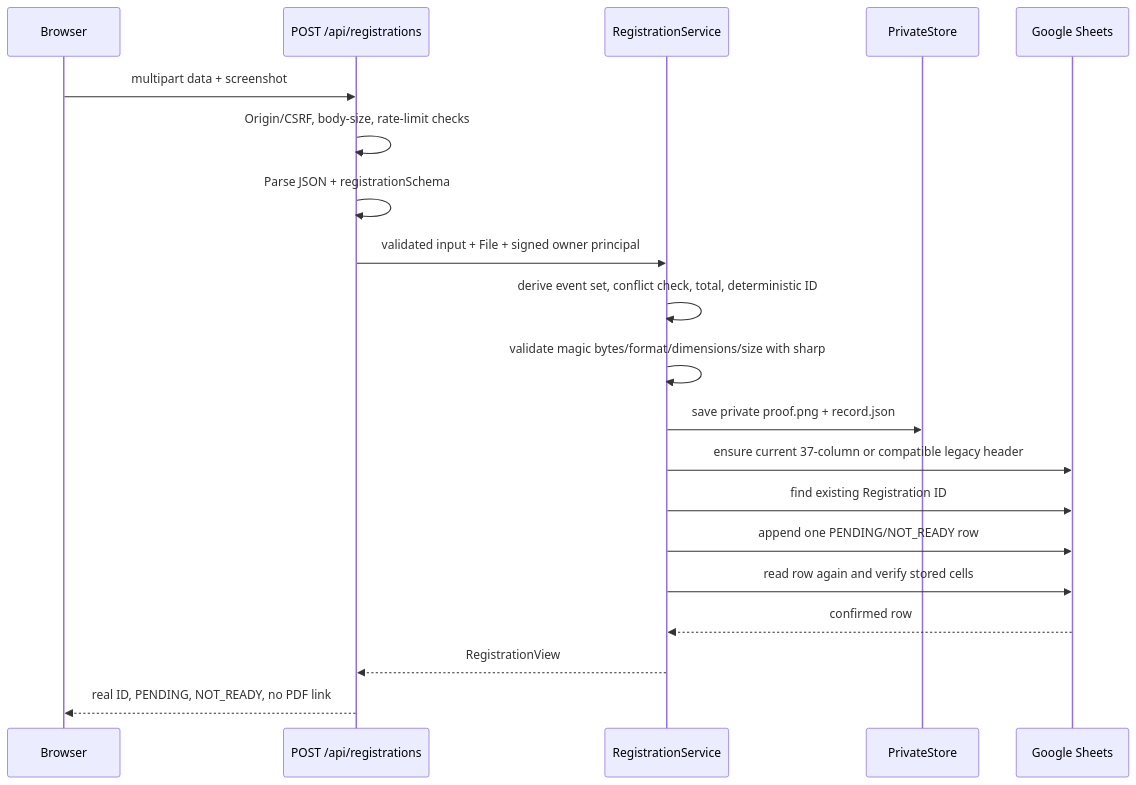
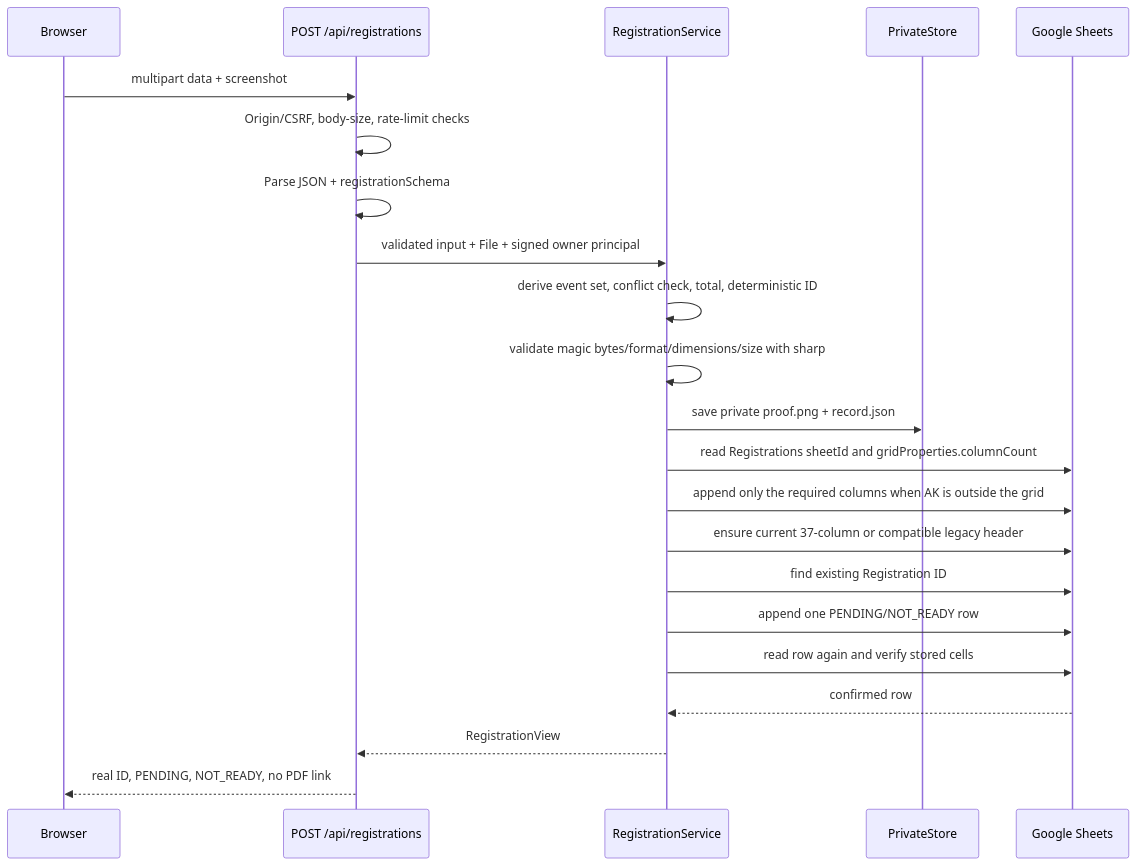
One commit to YZO-BIT/Phase-3 changed the second of 9 diagrams in docs/PRODUCTION_ARCHITECTURE.md. Above: the diagram before and after it, drawn with Mermaid. The commit also changed other lines of this file and 6 other files, not shown here.

````diff
--- a/docs/PRODUCTION_ARCHITECTURE.md
+++ b/docs/PRODUCTION_ARCHITECTURE.md
@@ -170,23 +170,25 @@
 ```mermaid
 sequenceDiagram
     participant B as Browser
     participant API as POST /api/registrations
     participant S as RegistrationService
     participant F as PrivateStore
     participant G as Google Sheets
 
     B->>API: multipart data + screenshot
     API->>API: Origin/CSRF, body-size, rate-limit checks
     API->>API: Parse JSON + registrationSchema
     API->>S: validated input + File + signed owner principal
     S->>S: derive event set, conflict check, total, deterministic ID
     S->>S: validate magic bytes/format/dimensions/size with sharp
     S->>F: save private proof.png + record.json
+    S->>G: read Registrations sheetId and gridProperties.columnCount
+    S->>G: append only the required columns when AK is outside the grid
     S->>G: ensure current 37-column or compatible legacy header
     S->>G: find existing Registration ID
     S->>G: append one PENDING/NOT_READY row
     S->>G: read row again and verify stored cells
     G-->>S: confirmed row
     S-->>API: RegistrationView
     API-->>B: real ID, PENDING, NOT_READY, no PDF link
 ```
````
